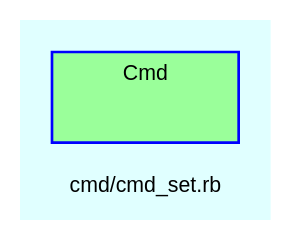
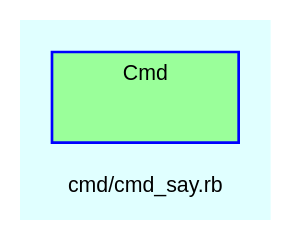
Before and after one commit to Tyche/teensymud: the diagram in doc/dot/f_18.dot, drawn with Graphviz. The commit also changed 92 other files, not shown here.

```diff
--- a/doc/dot/f_18.dot
+++ b/doc/dot/f_18.dot
@@ -1,29 +1,29 @@
 digraph TopLevel {
     compound = true
     bgcolor = lightcyan1
     fontname = Arial
     fontsize = 8
-    label = "cmd/cmd_set.rb"
+    label = "cmd/cmd_say.rb"
     node [
         fontname = Arial,
         fontsize = 8,
         color = black
     ]
 
     subgraph cluster_Cmd {
         fillcolor = palegreen1
         URL = "classes/Cmd.html"
         fontname = Arial
         color = blue
         label = "Cmd"
         style = filled
         Cmd [
             shape = plaintext,
             height = 0.01,
             width = 0.75,
             label = ""
         ]
 
     }
 
 }
```
